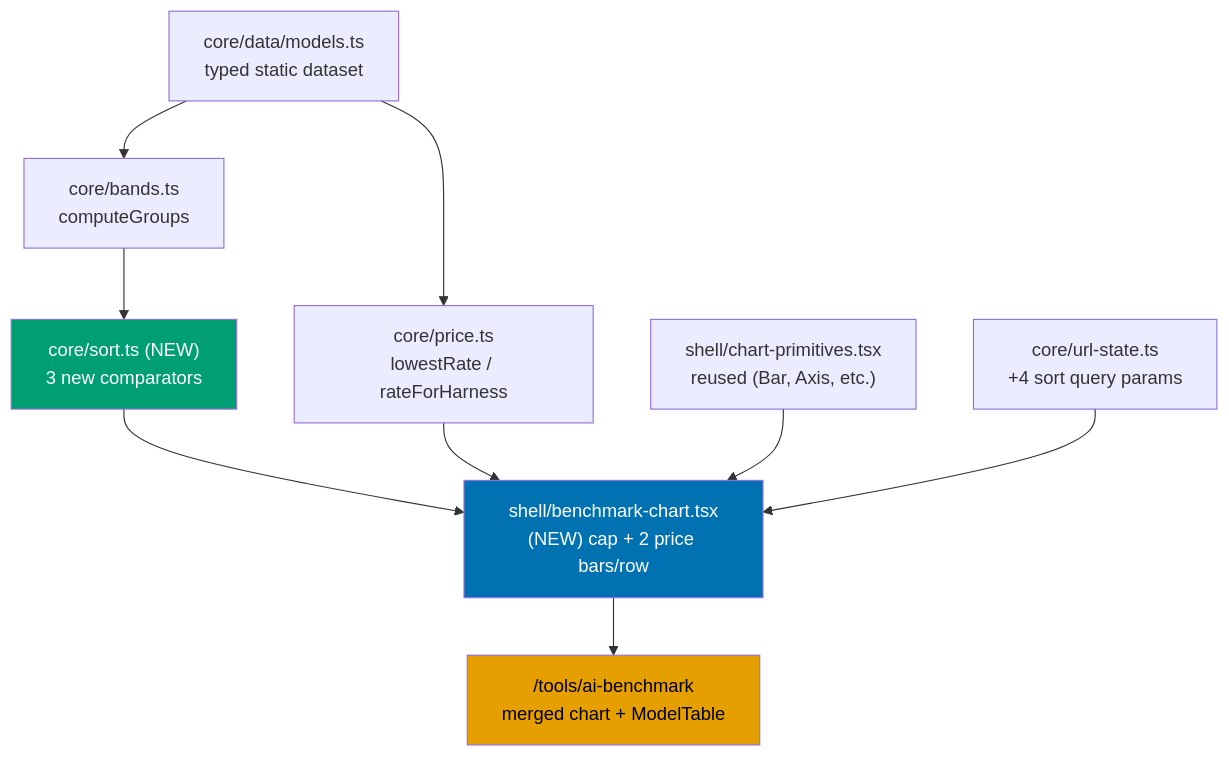
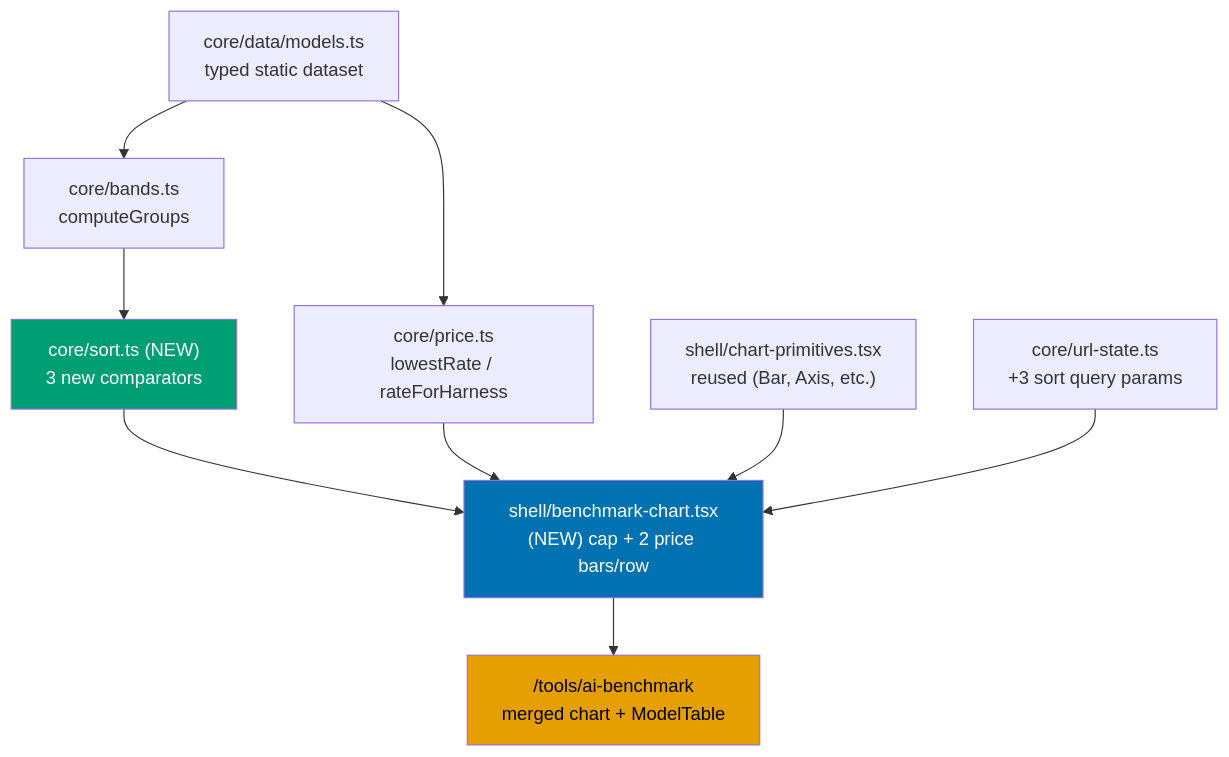
One commit to wahidyankf/open-sharia-fintech changed the diagram in plans/in-progress/ayokoding-www-ai-benchmark-merged-chart/README.md. Above: the diagram before and after it, drawn with Mermaid. The commit also changed other lines of this file and 3 other files, not shown here.

````diff
--- a/plans/in-progress/ayokoding-www-ai-benchmark-merged-chart/README.md
+++ b/plans/in-progress/ayokoding-www-ai-benchmark-merged-chart/README.md
@@ -61,16 +63,16 @@
 ```mermaid
 %% Component interactions — the merged chart's dependency shape vs. today's two-chart shape
 flowchart TB
   M["core/data/models.ts<br/>typed static dataset"] --> B["core/bands.ts<br/>computeGroups"]
   M --> P["core/price.ts<br/>lowestRate / rateForHarness"]
   B --> S["core/sort.ts (NEW)<br/>3 new comparators"]
   S --> C["shell/benchmark-chart.tsx<br/>(NEW) cap + 2 price bars/row"]
   P --> C
   CP["shell/chart-primitives.tsx<br/>reused (Bar, Axis, etc.)"] --> C
-  U["core/url-state.ts<br/>+4 sort query params"] --> C
+  U["core/url-state.ts<br/>+3 sort query params"] --> C
   C --> Page["/tools/ai-benchmark<br/>merged chart + ModelTable"]
 
   style C fill:#0072B2,color:#FFFFFF
   style S fill:#009E73,color:#FFFFFF
   style Page fill:#E69F00,color:#000000
 ```
````
